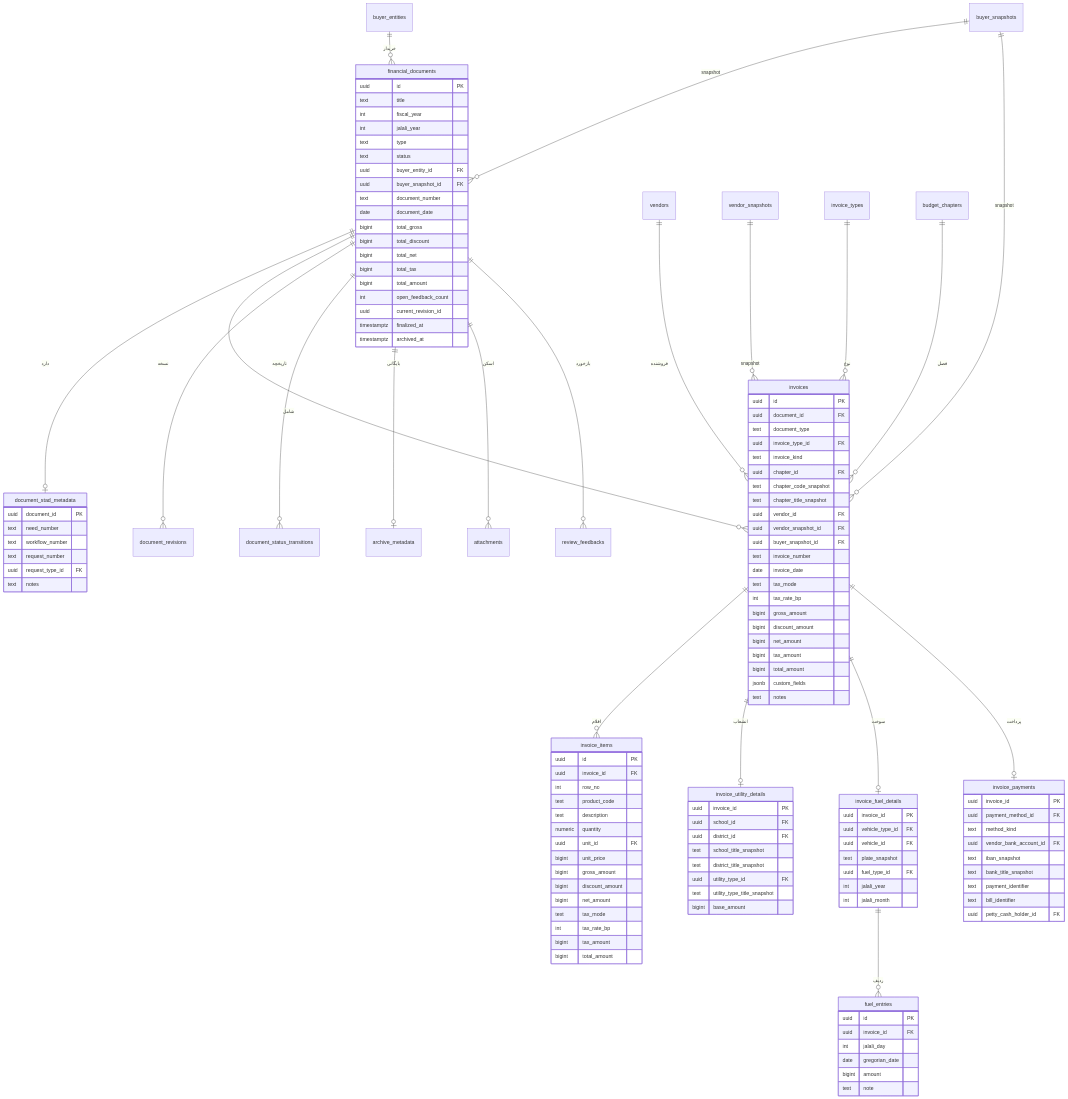
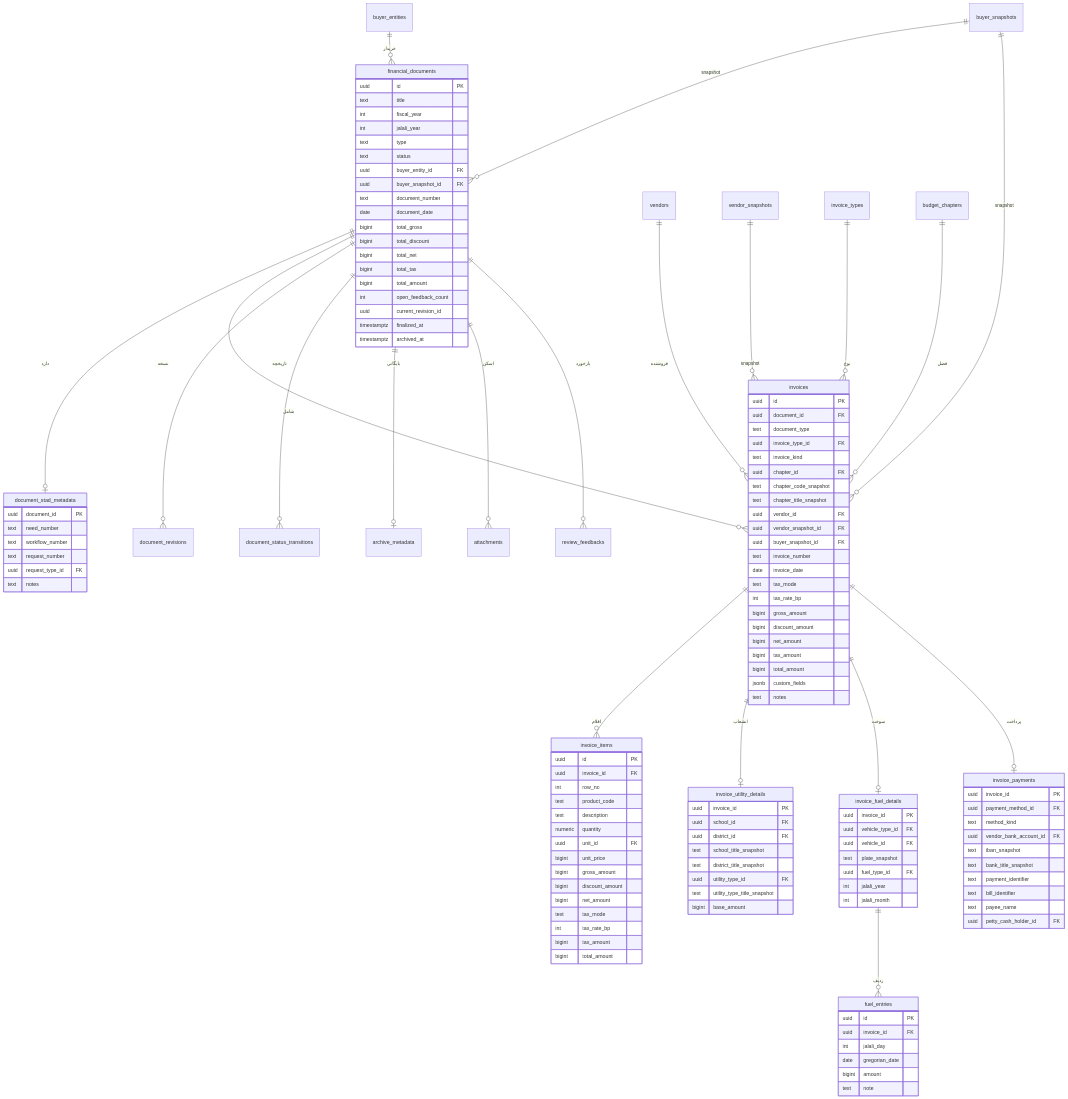
The third of 5 diagrams in docs/03-erd.md (AliMashhadi2044/Document-Manager), drawn with Mermaid before and after one commit. The commit also changed 26 other files, not shown here.

````diff
--- a/docs/03-erd.md
+++ b/docs/03-erd.md
@@ -261,5 +261,6 @@
       text bank_title_snapshot
       text payment_identifier
       text bill_identifier
+      text payee_name
       uuid petty_cash_holder_id FK }
 ```
````
